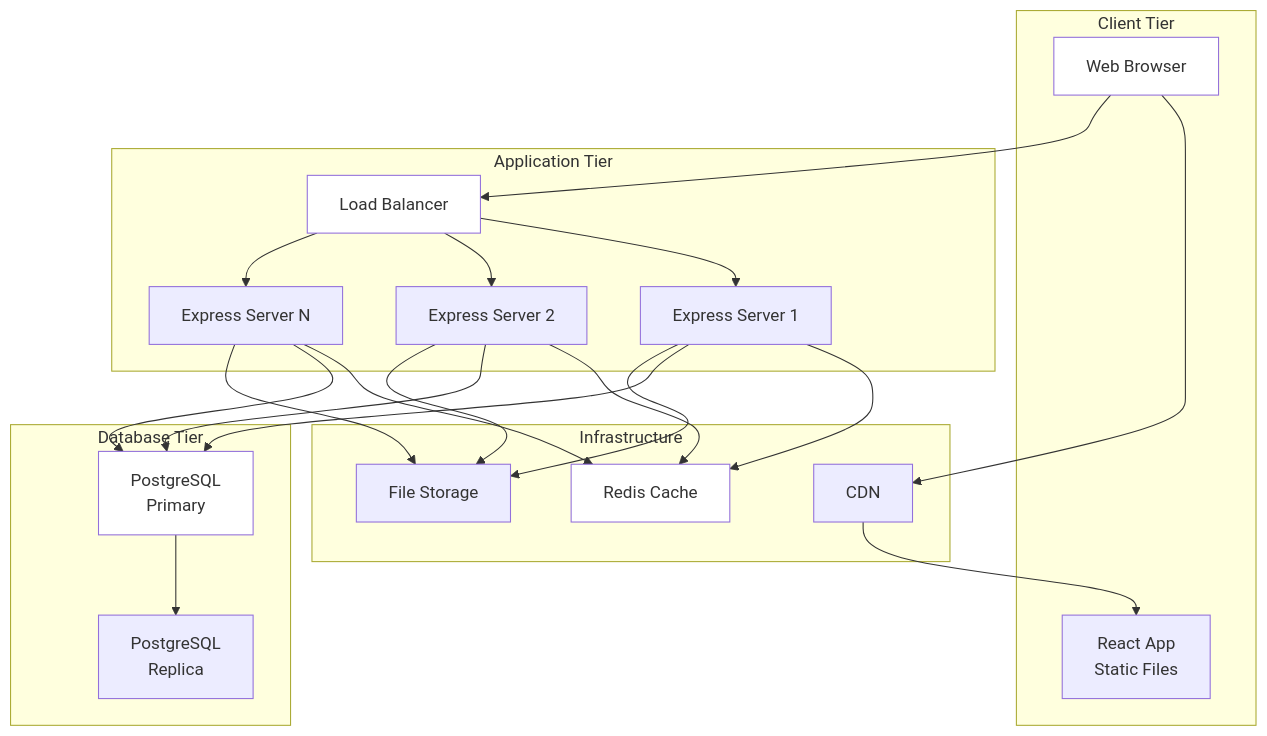
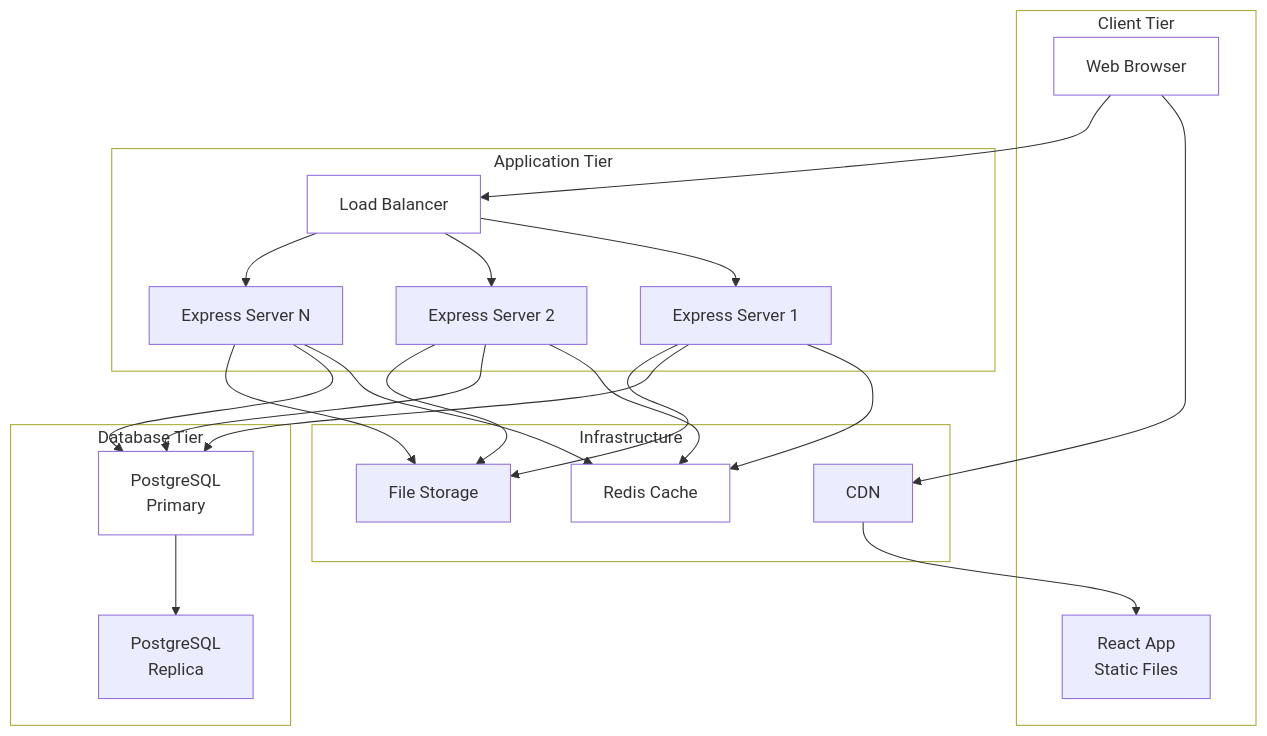
Before and after one commit to MasterOz786/Re-Engineering-POS: diagram 17 of 23 in legacy/DIAGRAMS.md, drawn with Mermaid. The commit also changed 152 other files, not shown here.

````diff
--- a/legacy/DIAGRAMS.md
+++ b/legacy/DIAGRAMS.md
@@ -1161,51 +1161,55 @@
 ```mermaid
 graph TB
     subgraph INIT35["Client Tier"]
         A[Web Browser]
         B[React App<br/>Static Files]
     end
     
     subgraph INIT36["Application Tier"]
         C[Load Balancer]
         D[Express Server 1]
         E[Express Server 2]
         F[Express Server N]
     end
     
     subgraph INIT37["Database Tier"]
         G[PostgreSQL<br/>Primary]
         H[PostgreSQL<br/>Replica]
     end
     
     subgraph INIT38["Infrastructure"]
         I[CDN]
         J[Redis Cache]
         K[File Storage]
     end
     
     A --> I
     I --> B
     A --> C
     C --> D
     C --> E
     C --> F
     
     D --> J
     E --> J
     F --> J
     
     D --> G
     E --> G
     F --> G
     
     G --> H
     
     D --> K
     E --> K
     F --> K
     
     style A fill:#ffffff
     style C fill:#ffffff
     style G fill:#ffffff
     style J fill:#ffffff
+    style INIT35 fill:#ffffff
+    style INIT36 fill:#ffffff
+    style INIT37 fill:#ffffff
+    style INIT38 fill:#ffffff
 ```
````
